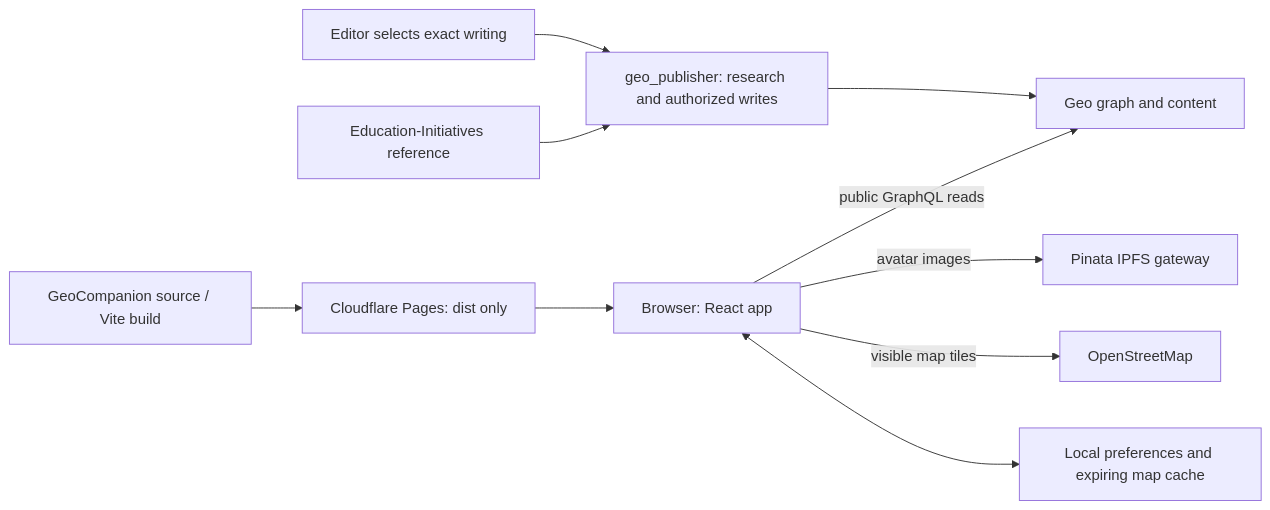
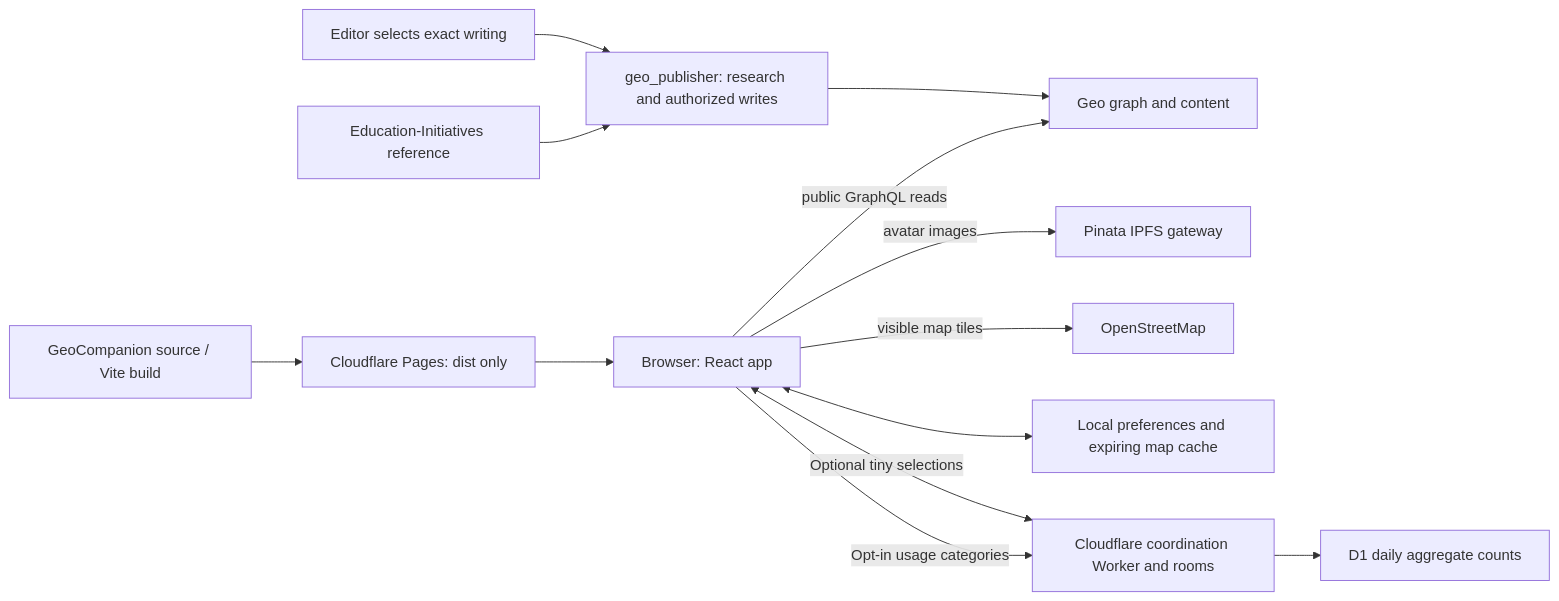
Before and after one commit to athsrueas-geocurator/GeoCompanion: the diagram in ARCHITECTURE.md, drawn with Mermaid. The commit also changed other lines of this file and 23 other files, not shown here.

Commit message:
Prototype Cloudflare shared exploration and opt-in usage counts

````diff
--- a/ARCHITECTURE.md
+++ b/ARCHITECTURE.md
@@ -7,12 +7,15 @@
 ```mermaid
 flowchart LR
   Author[Editor selects exact writing] --> Publisher[geo_publisher: research and authorized writes]
   Reference[Education-Initiatives reference] --> Publisher
   Publisher --> Geo[Geo graph and content]
   Build[GeoCompanion source / Vite build] --> CF[Cloudflare Pages: dist only]
   CF --> Browser[Browser: React app]
   Browser -->|public GraphQL reads| Geo
   Browser -->|avatar images| IPFS[Pinata IPFS gateway]
   Browser -->|visible map tiles| OSM[OpenStreetMap]
   Browser <--> Local[Local preferences and expiring map cache]
+  Browser <-->|Optional tiny selections| Worker[Cloudflare coordination Worker and rooms]
+  Browser -->|Opt-in usage categories| Worker
+  Worker --> Counts[D1 daily aggregate counts]
 ```
````
